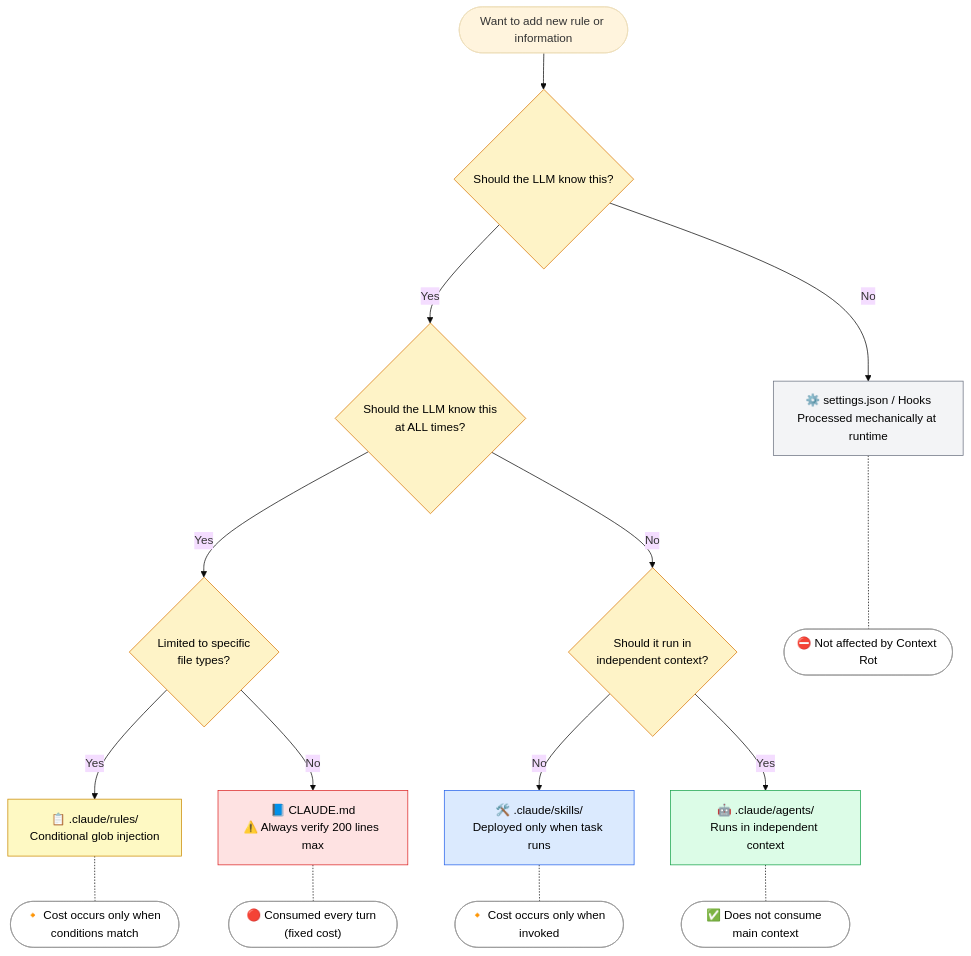
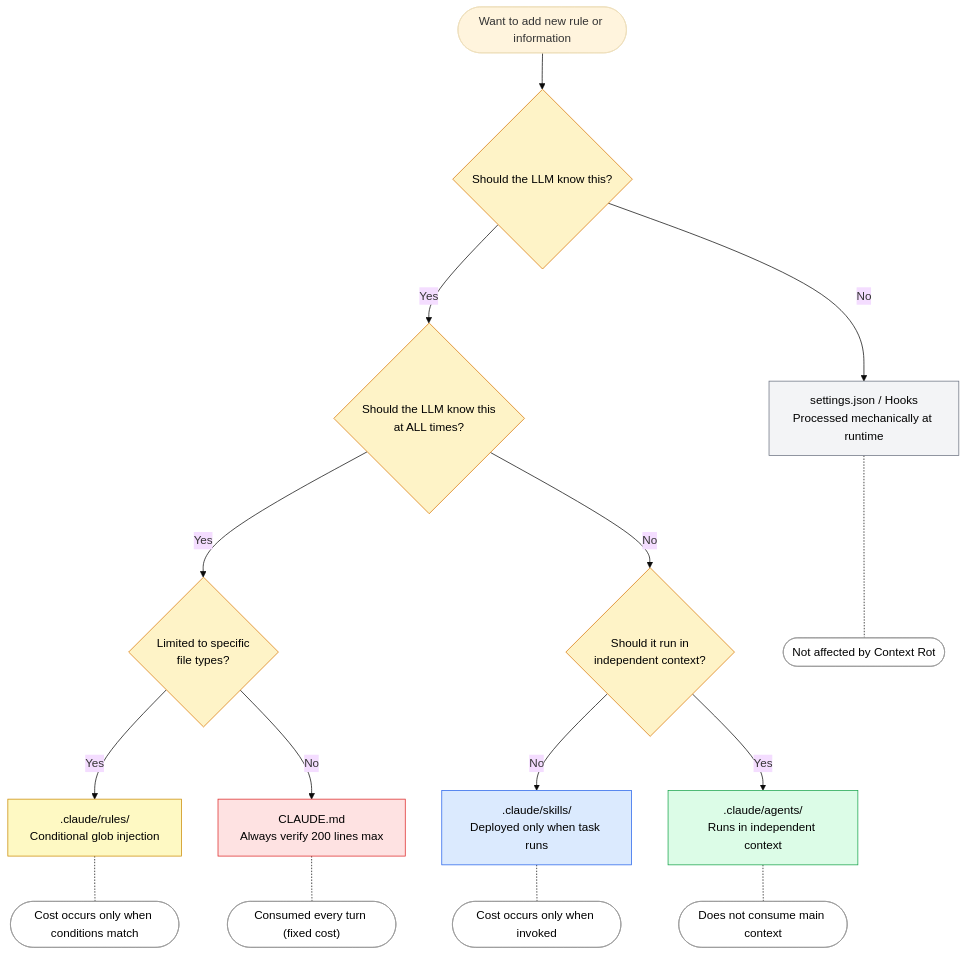
The diagram in docs/02-context-window/injection-timing.md (shuji-bonji/understanding-llm-through-claude-code), drawn with Mermaid (base theme) before and after one commit. The commit also changed 44 other files, not shown here.

````diff
--- a/docs/02-context-window/injection-timing.md
+++ b/docs/02-context-window/injection-timing.md
@@ -68,52 +68,52 @@
 ```mermaid
 flowchart TD
     START(["Want to add new rule or information"])
     Q1{"Should the LLM know this?"}
     Q2{"Should the LLM know this<br/>at ALL times?"}
     Q3{"Limited to specific<br/>file types?"}
     Q4{"Should it run in<br/>independent context?"}
 
-    R1["⚙️ settings.json / Hooks<br/>Processed mechanically at runtime"]
-    R2["📋 .claude/rules/<br/>Conditional glob injection"]
-    R3["📘 CLAUDE.md<br/>⚠️ Always verify 200 lines max"]
-    R4["🛠️ .claude/skills/<br/>Deployed only when task runs"]
-    R5["🤖 .claude/agents/<br/>Runs in independent context"]
+    R1["settings.json / Hooks<br/>Processed mechanically at runtime"]
+    R2[".claude/rules/<br/>Conditional glob injection"]
+    R3["CLAUDE.md<br/> Always verify 200 lines max"]
+    R4[".claude/skills/<br/>Deployed only when task runs"]
+    R5[".claude/agents/<br/>Runs in independent context"]
 
-    W1(["⛔ Not affected by Context Rot"])
-    W2(["🔸 Cost occurs only when conditions match"])
-    W3(["🔴 Consumed every turn (fixed cost)"])
-    W4(["🔸 Cost occurs only when invoked"])
-    W5(["✅ Does not consume main context"])
+    W1(["Not affected by Context Rot"])
+    W2(["Cost occurs only when conditions match"])
+    W3(["Consumed every turn (fixed cost)"])
+    W4(["Cost occurs only when invoked"])
+    W5(["Does not consume main context"])
 
     START --> Q1
     Q1 -->|No| R1
     Q1 -->|Yes| Q2
     Q2 -->|Yes| Q3
     Q2 -->|No| Q4
     Q3 -->|Yes| R2
     Q3 -->|No| R3
     Q4 -->|No| R4
     Q4 -->|Yes| R5
 
     R1 -.- W1
     R2 -.- W2
     R3 -.- W3
     R4 -.- W4
     R5 -.- W5
 
     classDef decision fill:#fef3c7,stroke:#d97706,color:#000
     classDef runtime fill:#f3f4f6,stroke:#6b7280,color:#000
     classDef conditional fill:#fef9c3,stroke:#ca8a04,color:#000
     classDef always fill:#fee2e2,stroke:#dc2626,color:#000
     classDef ondemand fill:#dbeafe,stroke:#2563eb,color:#000
     classDef independent fill:#dcfce7,stroke:#16a34a,color:#000
     classDef note fill:#fff,stroke:#999,color:#000
 
     class Q1,Q2,Q3,Q4 decision
     class R1 runtime
     class R2 conditional
     class R3 always
     class R4 ondemand
     class R5 independent
     class W1,W2,W3,W4,W5 note
 ```
````
